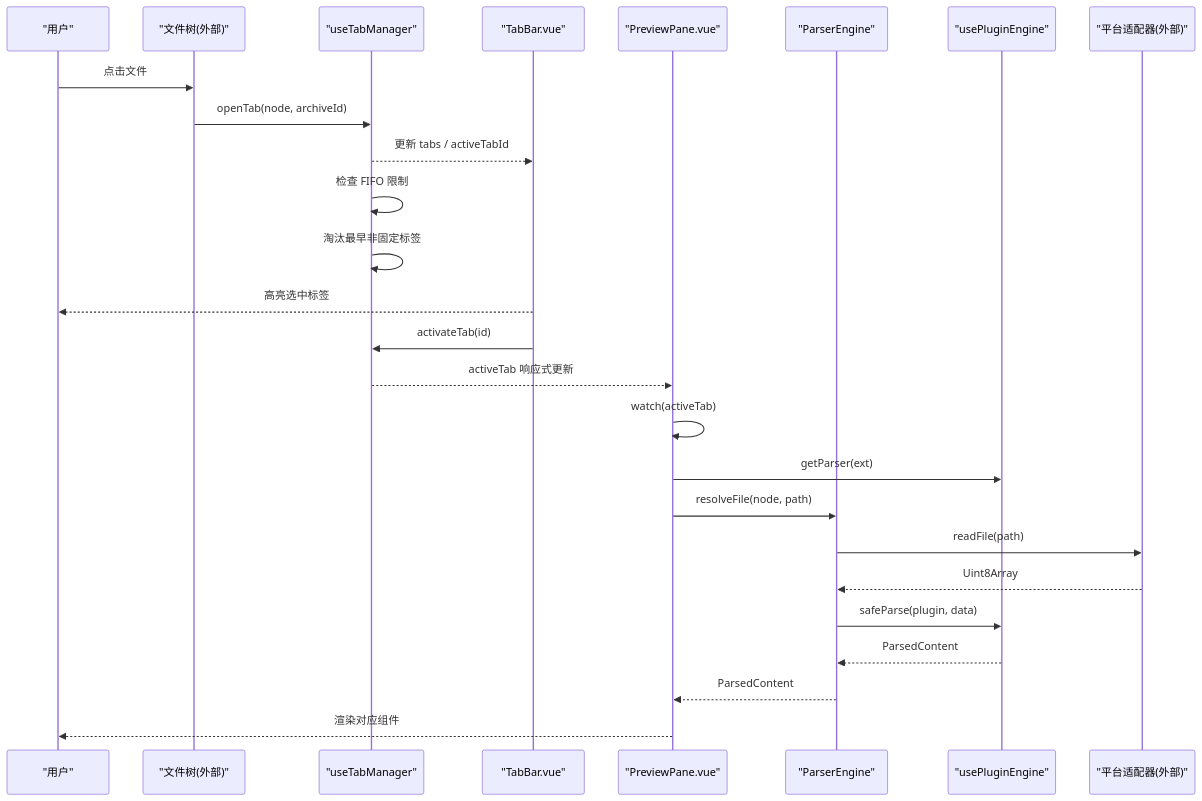
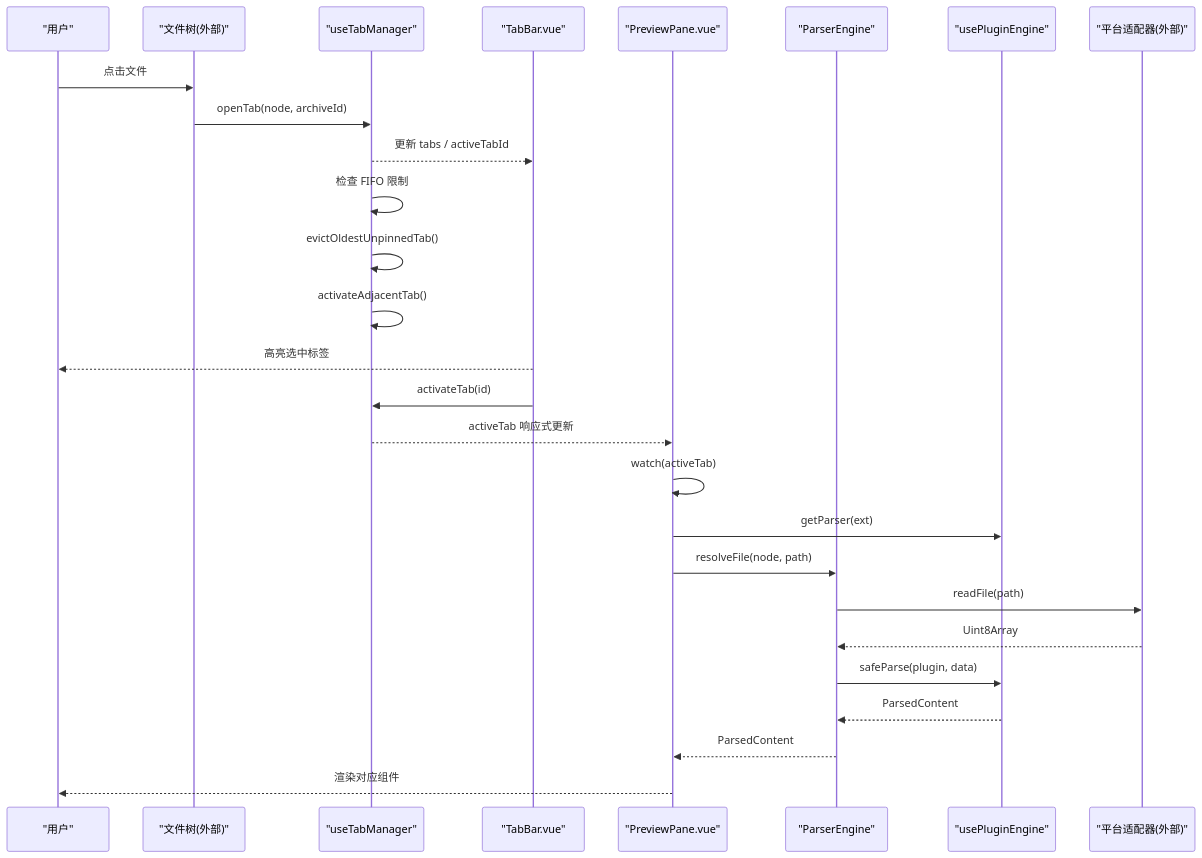
One commit to taoweidong/Hello-Tauri changed the second of 6 diagrams in .qoder/repowiki/zh/content/架构设计/数据流模式/组合式函数数据逻辑/标签页管理组合函数.md. Above: the diagram before and after it, drawn with Mermaid. The commit also changed other lines of this file and 8 other files, not shown here.

````diff
--- a/.qoder/repowiki/zh/content/架构设计/数据流模式/组合式函数数据逻辑/标签页管理组合函数.md
+++ b/.qoder/repowiki/zh/content/架构设计/数据流模式/组合式函数数据逻辑/标签页管理组合函数.md
@@ -129,28 +127,29 @@
 ```mermaid
 sequenceDiagram
 participant User as "用户"
 participant Tree as "文件树(外部)"
 participant TabMgr as "useTabManager"
 participant TabBar as "TabBar.vue"
 participant Preview as "PreviewPane.vue"
 participant Engine as "ParserEngine"
 participant Registry as "usePluginEngine"
 participant Adapter as "平台适配器(外部)"
 User->>Tree : 点击文件
 Tree->>TabMgr : openTab(node, archiveId)
 TabMgr-->>TabBar : 更新 tabs / activeTabId
 TabMgr->>TabMgr : 检查 FIFO 限制
-TabMgr->>TabMgr : 淘汰最早非固定标签
+TabMgr->>TabMgr : evictOldestUnpinnedTab()
+TabMgr->>TabMgr : activateAdjacentTab()
 TabBar-->>User : 高亮选中标签
 TabBar->>TabMgr : activateTab(id)
 TabMgr-->>Preview : activeTab 响应式更新
 Preview->>Preview : watch(activeTab)
 Preview->>Registry : getParser(ext)
 Preview->>Engine : resolveFile(node, path)
 Engine->>Adapter : readFile(path)
 Adapter-->>Engine : Uint8Array
 Engine->>Registry : safeParse(plugin, data)
 Registry-->>Engine : ParsedContent
 Engine-->>Preview : ParsedContent
 Preview-->>User : 渲染对应组件
 ```
````
